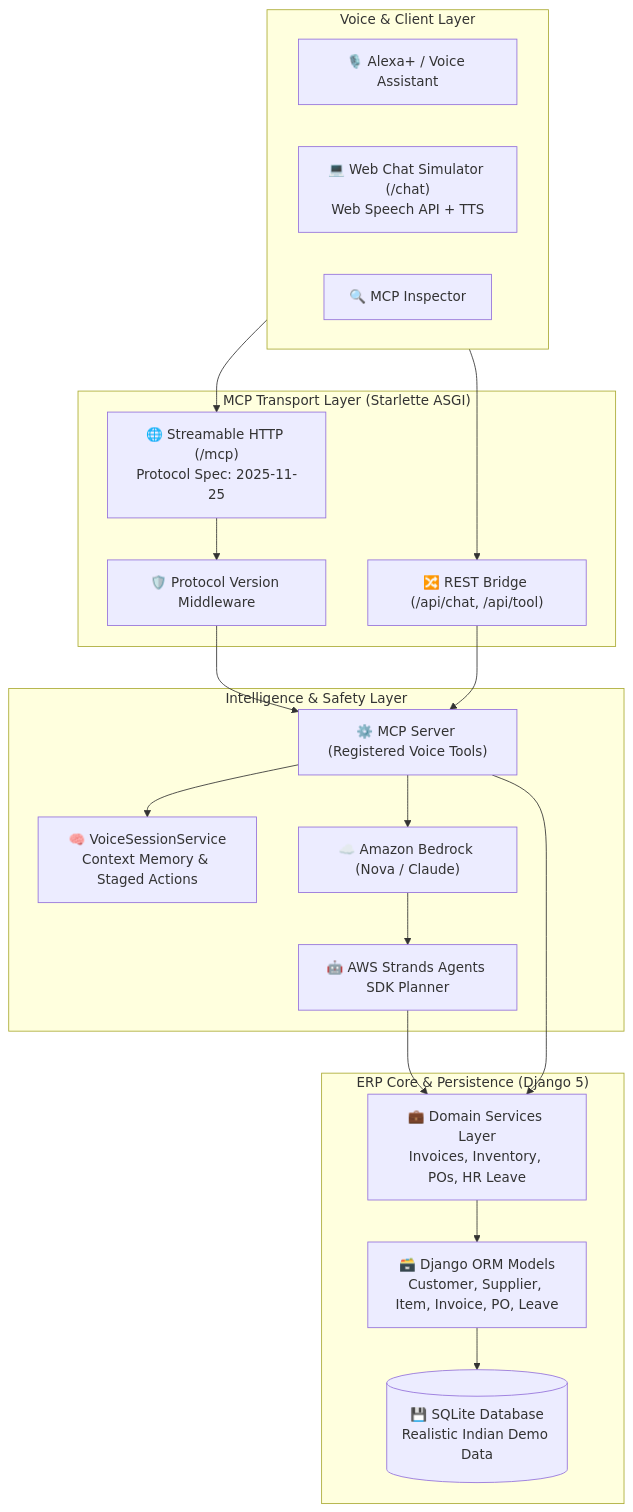
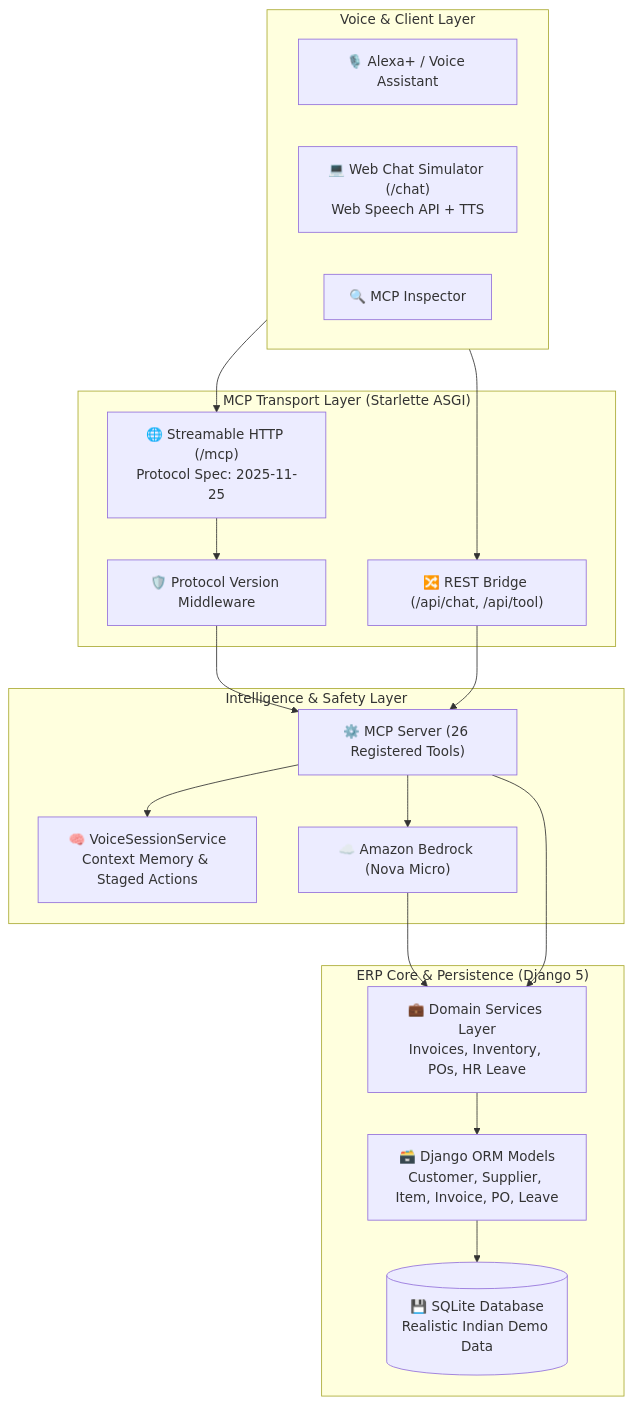
The diagram in README.md (silambarasan-sh/erp-voice-mcp), drawn with Mermaid before and after one commit. The commit also changed other lines of this file and 2 other files, not shown here.

````diff
--- a/README.md
+++ b/README.md
@@ -28,38 +33,36 @@
 ```mermaid
 flowchart TB
     subgraph Clients ["Voice & Client Layer"]
         Alexa["🎙️ Alexa+ / Voice Assistant"]
         WebChat["💻 Web Chat Simulator (/chat)<br/>Web Speech API + TTS"]
         Inspector["🔍 MCP Inspector"]
     end
 
     subgraph Transport ["MCP Transport Layer (Starlette ASGI)"]
         StreamableHTTP["🌐 Streamable HTTP (/mcp)<br/>Protocol Spec: 2025-11-25"]
         Middleware["🛡️ Protocol Version Middleware"]
         RESTBridge["🔀 REST Bridge (/api/chat, /api/tool)"]
     end
 
     subgraph Intelligence ["Intelligence & Safety Layer"]
-        MCPServer["⚙️ MCP Server (Registered Voice Tools)"]
+        MCPServer["⚙️ MCP Server (26 Registered Tools)"]
         SessionMgr["🧠 VoiceSessionService<br/>Context Memory & Staged Actions"]
-        Bedrock["☁️ Amazon Bedrock (Nova / Claude)"]
-        Strands["🤖 AWS Strands Agents SDK Planner"]
+        Bedrock["☁️ Amazon Bedrock (Nova Micro)"]
     end
 
     subgraph ERP ["ERP Core & Persistence (Django 5)"]
         Services["💼 Domain Services Layer<br/>Invoices, Inventory, POs, HR Leave"]
         ORM["🗃️ Django ORM Models<br/>Customer, Supplier, Item, Invoice, PO, Leave"]
         Database[("💾 SQLite Database<br/>Realistic Indian Demo Data")]
     end
 
     Clients --> StreamableHTTP
     Clients --> RESTBridge
     StreamableHTTP --> Middleware --> MCPServer
     RESTBridge --> MCPServer
     MCPServer --> SessionMgr
     MCPServer --> Bedrock
-    Bedrock --> Strands
-    Strands --> Services
+    Bedrock --> Services
     MCPServer --> Services
     Services --> ORM --> Database
 ```
````
